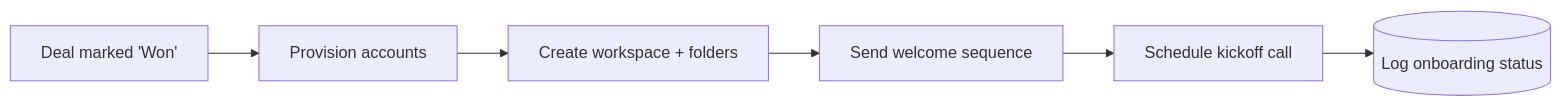
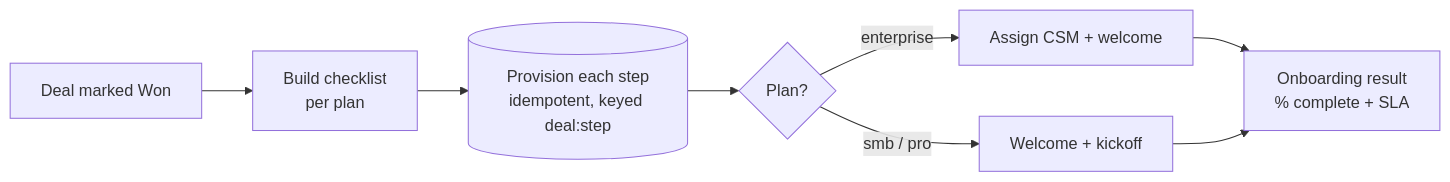
The diagram in 02-client-onboarding/README.md (danieaneta/business-automation-playbook), drawn with Mermaid before and after one commit. The commit also changed other lines of this file and 69 other files, not shown here.

````diff
--- a/02-client-onboarding/README.md
+++ b/02-client-onboarding/README.md
@@ -16,8 +18,10 @@
 ```mermaid
 flowchart LR
-    A[Deal marked 'Won'] --> B[Provision accounts]
-    B --> C[Create workspace + folders]
-    C --> D[Send welcome sequence]
-    D --> E[Schedule kickoff call]
-    E --> F[(Log onboarding status)]
+    A[Deal marked Won] --> B[Build checklist<br/>per plan]
+    B --> C[(Provision each step<br/>idempotent, keyed deal:step)]
+    C --> D{Plan?}
+    D -->|enterprise| E[Assign CSM + welcome]
+    D -->|smb / pro| F[Welcome + kickoff]
+    E --> G[Onboarding result<br/>% complete + SLA]
+    F --> G
 ```
````
